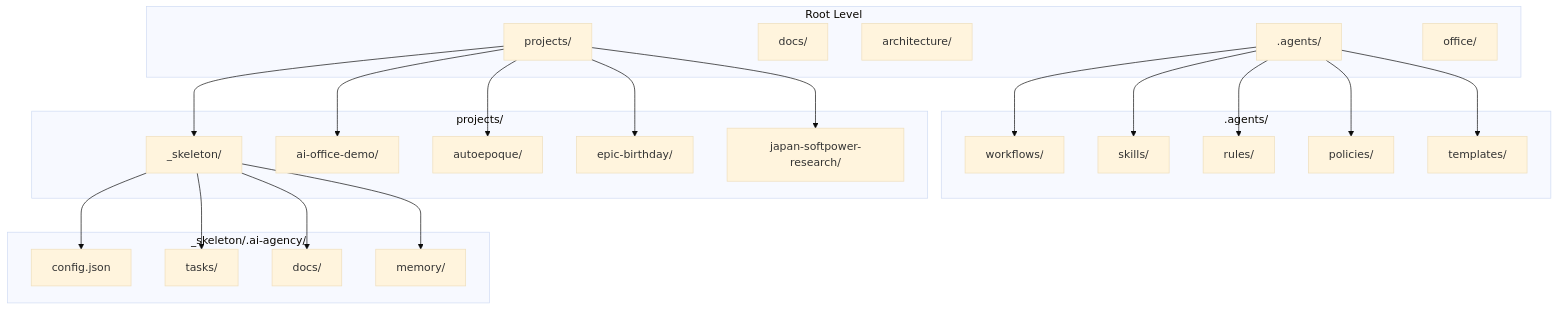
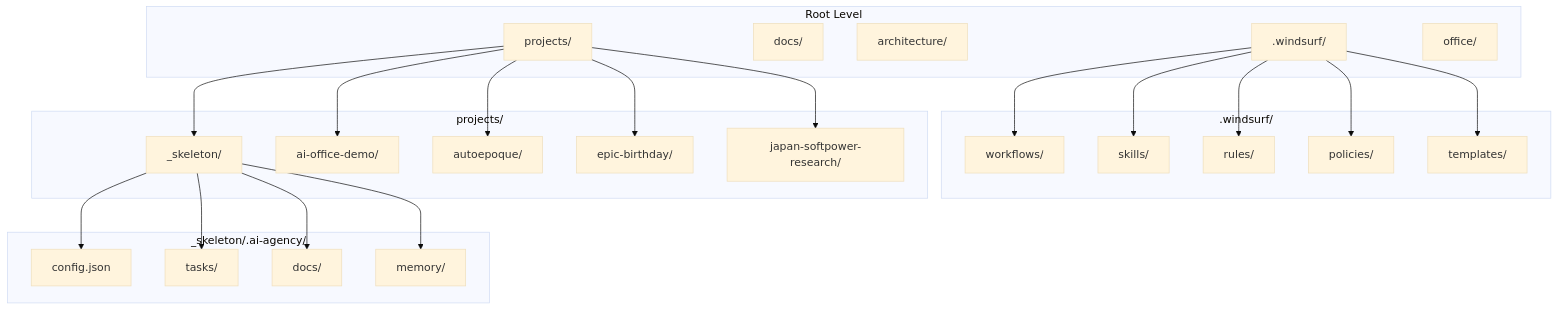
The first of 7 diagrams in FRAMEWORK_STATUS.md (avalla/ai-office-for-windsurf), drawn with Mermaid (base theme) before and after one commit. The commit also changed 296 other files, not shown here.

````diff
--- a/FRAMEWORK_STATUS.md
+++ b/FRAMEWORK_STATUS.md
@@ -10,37 +10,37 @@
 ```mermaid
 graph TB
     subgraph "Root Level"
-        W[.agents/]
+        W[.windsurf/]
         D[docs/]
         A[architecture/]
         P[projects/]
         O[office/]
     end
     
-    subgraph ".agents/"
+    subgraph ".windsurf/"
         W1[workflows/]
         W2[skills/]
         W3[rules/]
         W4[policies/]
         W5[templates/]
     end
     
     subgraph "projects/"
         S[_skeleton/]
         PR1[ai-office-demo/]
         PR2[autoepoque/]
         PR3[epic-birthday/]
         PR4[japan-softpower-research/]
     end
     
     subgraph "_skeleton/.ai-agency/"
         C[config.json]
         T[tasks/]
         DOCS[docs/]
         MEM[memory/]
     end
     
     W --> W1 & W2 & W3 & W4 & W5
     P --> S & PR1 & PR2 & PR3 & PR4
     S --> C & T & DOCS & MEM
 ```
````
